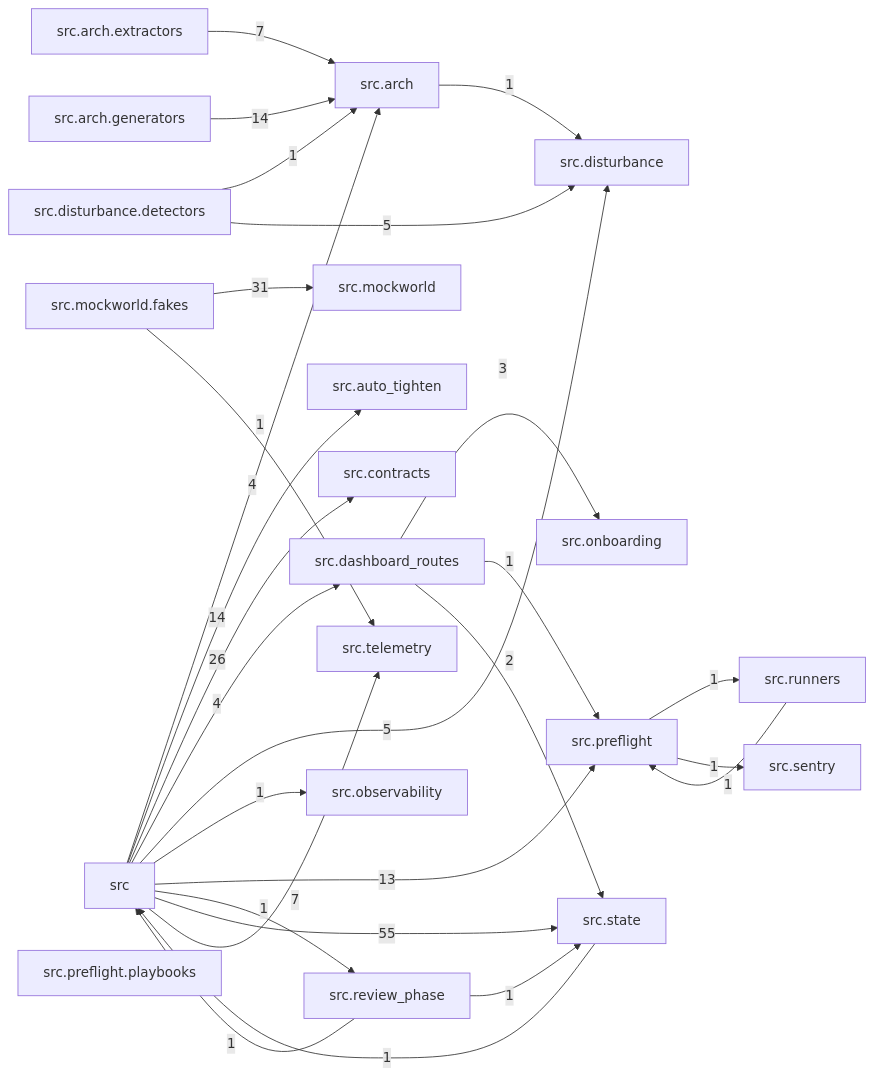
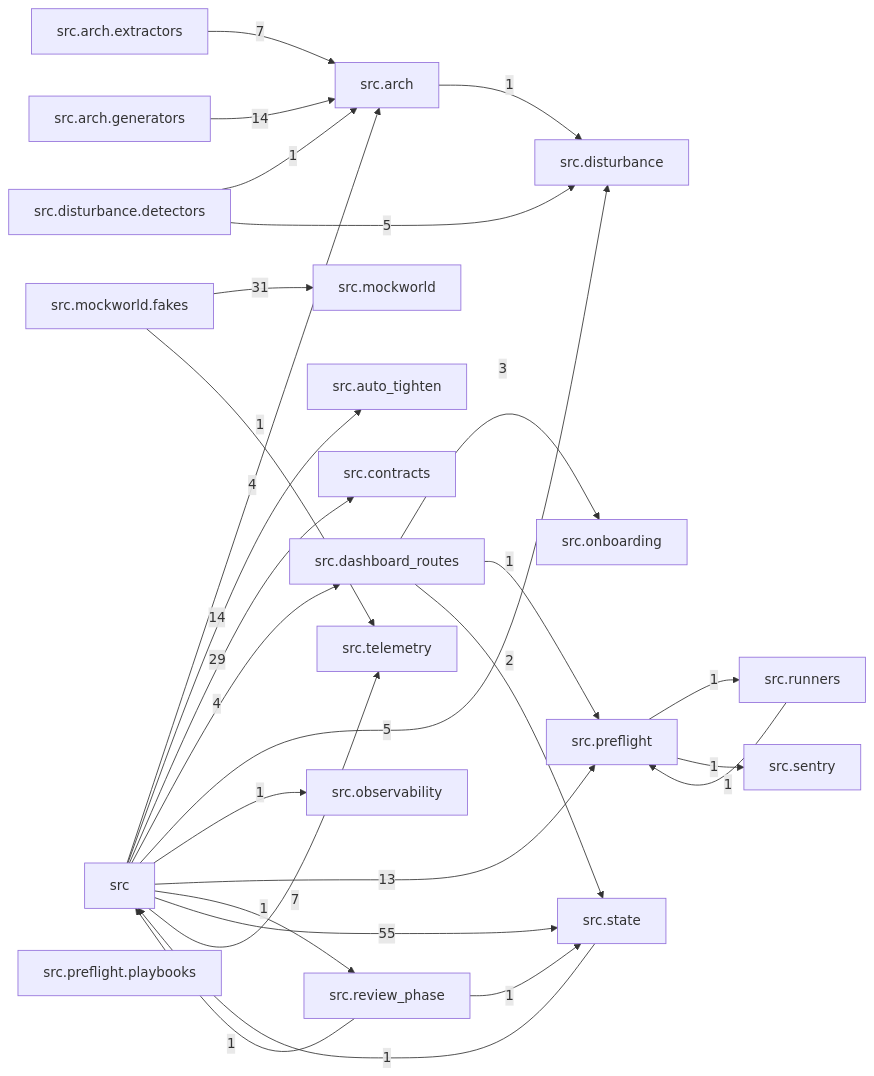
One commit to T-rav/hydraflow changed the diagram in docs/arch/generated/modules.md. Above: the diagram before and after it, drawn with Mermaid. The commit also changed 10 other files, not shown here.

````diff
--- a/docs/arch/generated/modules.md
+++ b/docs/arch/generated/modules.md
@@ -7,49 +7,49 @@
 ```mermaid
 graph LR
     src["src"]
     src_arch["src.arch"]
     src_arch_extractors["src.arch.extractors"]
     src_arch_generators["src.arch.generators"]
     src_auto_tighten["src.auto_tighten"]
     src_contracts["src.contracts"]
     src_dashboard_routes["src.dashboard_routes"]
     src_disturbance["src.disturbance"]
     src_disturbance_detectors["src.disturbance.detectors"]
     src_mockworld["src.mockworld"]
     src_mockworld_fakes["src.mockworld.fakes"]
     src_observability["src.observability"]
     src_onboarding["src.onboarding"]
     src_preflight["src.preflight"]
     src_preflight_playbooks["src.preflight.playbooks"]
     src_review_phase["src.review_phase"]
     src_runners["src.runners"]
     src_sentry["src.sentry"]
     src_state["src.state"]
     src_telemetry["src.telemetry"]
     src -- "4" --> src_arch
     src -- "14" --> src_auto_tighten
-    src -- "26" --> src_contracts
+    src -- "29" --> src_contracts
     src -- "4" --> src_dashboard_routes
     src -- "5" --> src_disturbance
     src -- "1" --> src_observability
     src -- "13" --> src_preflight
     src -- "1" --> src_review_phase
     src -- "55" --> src_state
     src -- "7" --> src_telemetry
     src_arch -- "1" --> src_disturbance
     src_arch_extractors -- "7" --> src_arch
     src_arch_generators -- "14" --> src_arch
     src_dashboard_routes -- "3" --> src_onboarding
     src_dashboard_routes -- "1" --> src_preflight
     src_dashboard_routes -- "2" --> src_state
     src_disturbance_detectors -- "1" --> src_arch
     src_disturbance_detectors -- "5" --> src_disturbance
     src_mockworld_fakes -- "31" --> src_mockworld
     src_mockworld_fakes -- "1" --> src_telemetry
     src_preflight -- "1" --> src_runners
     src_preflight -- "1" --> src_sentry
     src_review_phase -- "1" --> src
     src_review_phase -- "1" --> src_state
     src_runners -- "1" --> src_preflight
     src_state -- "1" --> src
 ```
````
